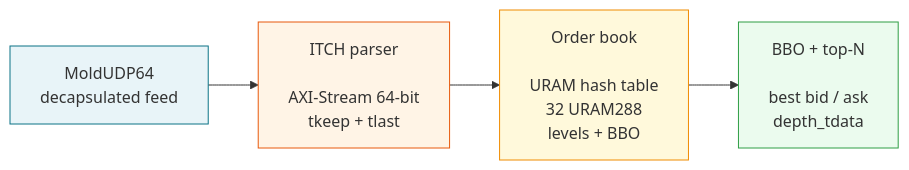
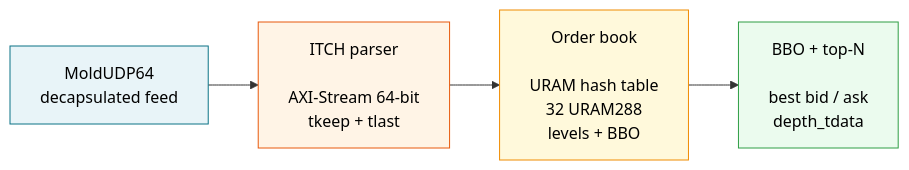
Before and after one commit to Claudoi/FPGA-Quant-Pipeline: the diagram in README.md, drawn with Mermaid.

Commit message:
docs: improve Mermaid diagram contrast

````diff
--- a/README.md
+++ b/README.md
@@ -11,11 +11,11 @@
 ```mermaid
 flowchart LR
     A["MoldUDP64<br/>decapsulated feed"] --> B["ITCH parser<br/><br/>AXI-Stream 64-bit<br/>tkeep + tlast"]
     B --> C["Order book<br/><br/>URAM hash table<br/>32 URAM288<br/>levels + BBO"]
     C --> D["BBO + top-N<br/><br/>best bid / ask<br/>depth_tdata"]
 
-    style A fill:#e8f4f8,stroke:#0b7285
-    style B fill:#fff4e6,stroke:#e8590c
-    style C fill:#fff9db,stroke:#f08c00
-    style D fill:#ebfbee,stroke:#2f9e44
+    style A fill:#e8f4f8,stroke:#0b7285,color:#000000
+    style B fill:#fff4e6,stroke:#e8590c,color:#000000
+    style C fill:#fff9db,stroke:#f08c00,color:#000000
+    style D fill:#ebfbee,stroke:#2f9e44,color:#000000
 ```
````
